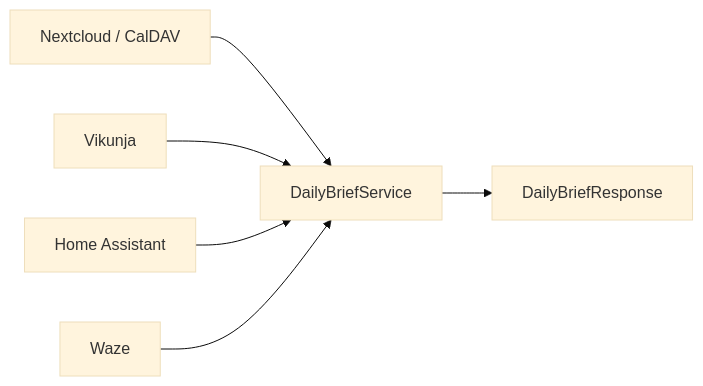
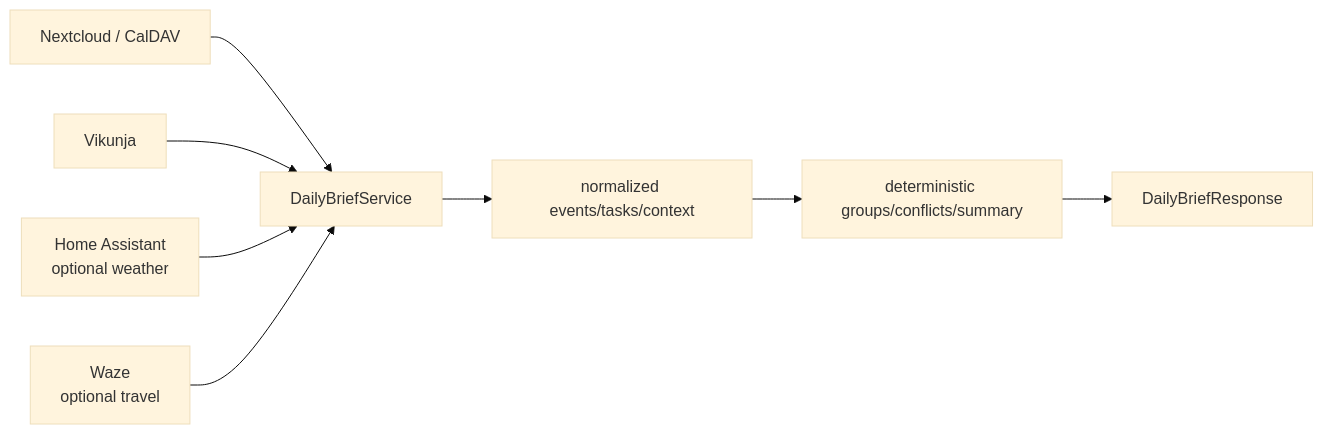
One commit to daviswmiller057/beacon-api changed the diagram in docs/daily-brief.md. Above: the diagram before and after it, drawn with Mermaid (base theme). The commit also changed other lines of this file and 12 other files, not shown here.

````diff
--- a/docs/daily-brief.md
+++ b/docs/daily-brief.md
@@ -5,8 +11,10 @@
 ```mermaid
 flowchart LR
     NC["Nextcloud / CalDAV"] --> DB["DailyBriefService"]
     V["Vikunja"] --> DB
-    HA["Home Assistant"] --> DB
-    W["Waze"] --> DB
-    DB --> R["DailyBriefResponse"]
+    HA["Home Assistant\noptional weather"] --> DB
+    W["Waze\noptional travel"] --> DB
+    DB --> N["normalized events/tasks/context"]
+    N --> D["deterministic groups/conflicts/summary"]
+    D --> R["DailyBriefResponse"]
 ```
````
